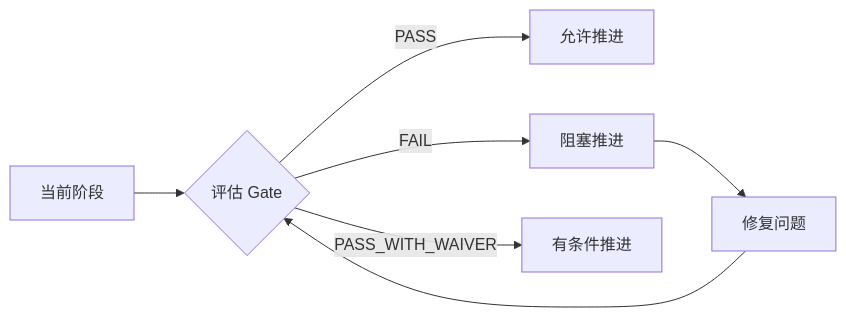
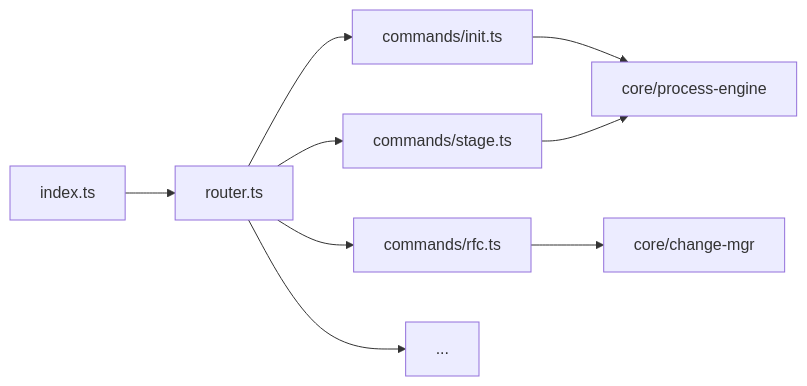
Before and after one commit to leo-kuang-ai/spec-first: the second of 12 diagrams in docs/first/architecture.md, drawn with Mermaid. The commit also changed other lines of this file and 26 other files, not shown here.

First line of the commit message:
feat: init/stage 命令增强与 first 技能文档全面重构

````diff
--- a/docs/first/architecture.md
+++ b/docs/first/architecture.md
@@ -105,9 +122,11 @@
 ```mermaid
 graph LR
-    A[当前阶段] --> B{评估 Gate}
-    B -->|PASS| C[允许推进]
-    B -->|FAIL| D[阻塞推进]
-    B -->|PASS_WITH_WAIVER| E[有条件推进]
-    D --> F[修复问题]
-    F --> B
+    A[index.ts] --> B[router.ts]
+    B --> C[commands/init.ts]
+    B --> D[commands/stage.ts]
+    B --> E[commands/rfc.ts]
+    B --> F[...]
+    C --> G[core/process-engine]
+    D --> G
+    E --> H[core/change-mgr]
 ```
````
